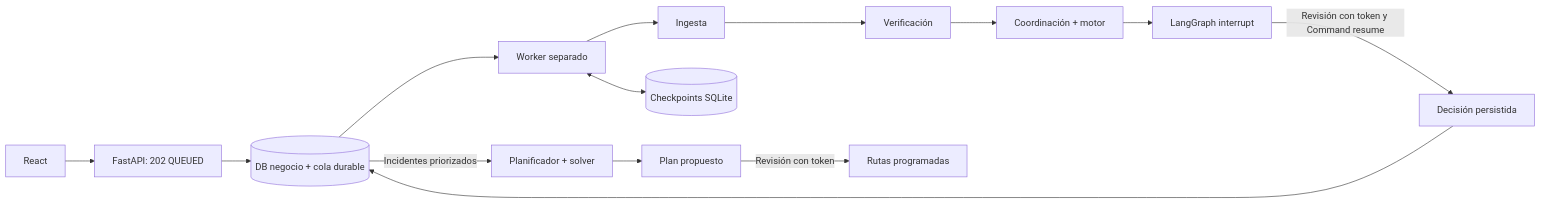
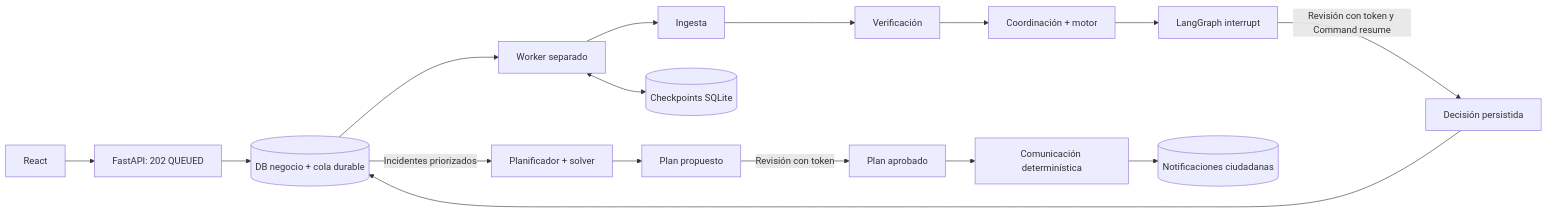
The diagram in README.md (HackathonFISC/equipo-07), drawn with Mermaid before and after one commit. The commit also changed other lines of this file and 24 other files, not shown here.

````diff
--- a/README.md
+++ b/README.md
@@ -36,16 +40,18 @@
 ```mermaid
 flowchart LR
   UI[React] --> API[FastAPI: 202 QUEUED]
   API --> DB[(DB negocio + cola durable)]
   DB --> W[Worker separado]
   W --> I[Ingesta]
   I --> V[Verificación]
   V --> C[Coordinación + motor]
   C --> H[LangGraph interrupt]
   H -->|Revisión con token y Command resume| D[Decisión persistida]
   W <--> CP[(Checkpoints SQLite)]
   D --> DB
   DB -->|Incidentes priorizados| P[Planificador + solver]
   P --> PR[Plan propuesto]
-  PR -->|Revisión con token| PA[Rutas programadas]
+  PR -->|Revisión con token| PA[Plan aprobado]
+  PA --> COM[Comunicación determinística]
+  COM --> NOT[(Notificaciones ciudadanas)]
 ```
````
